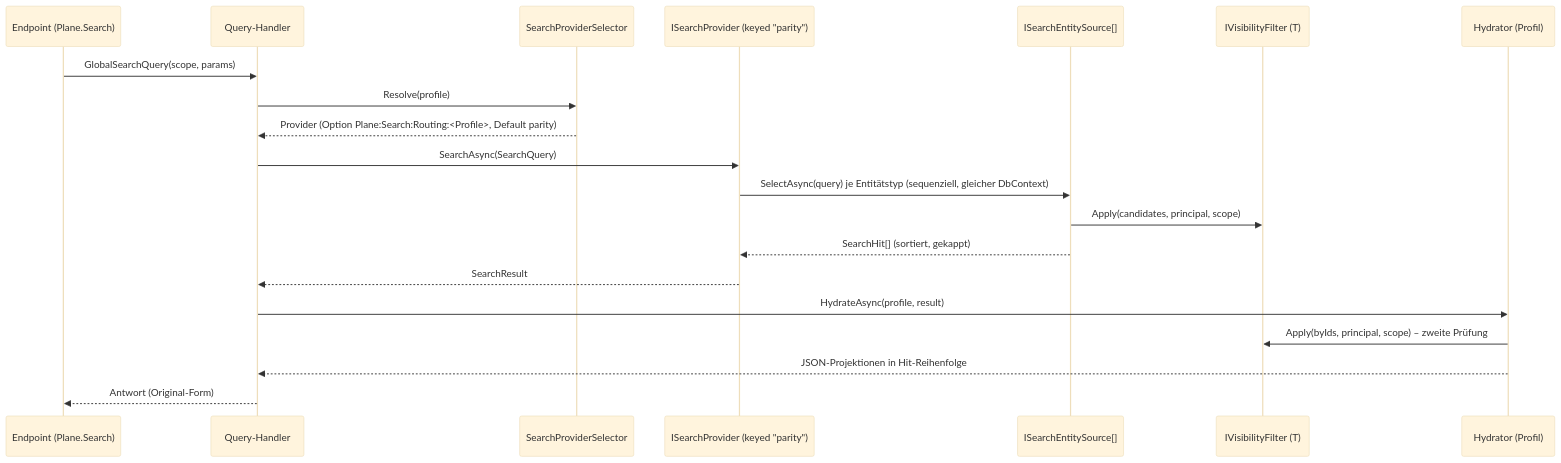
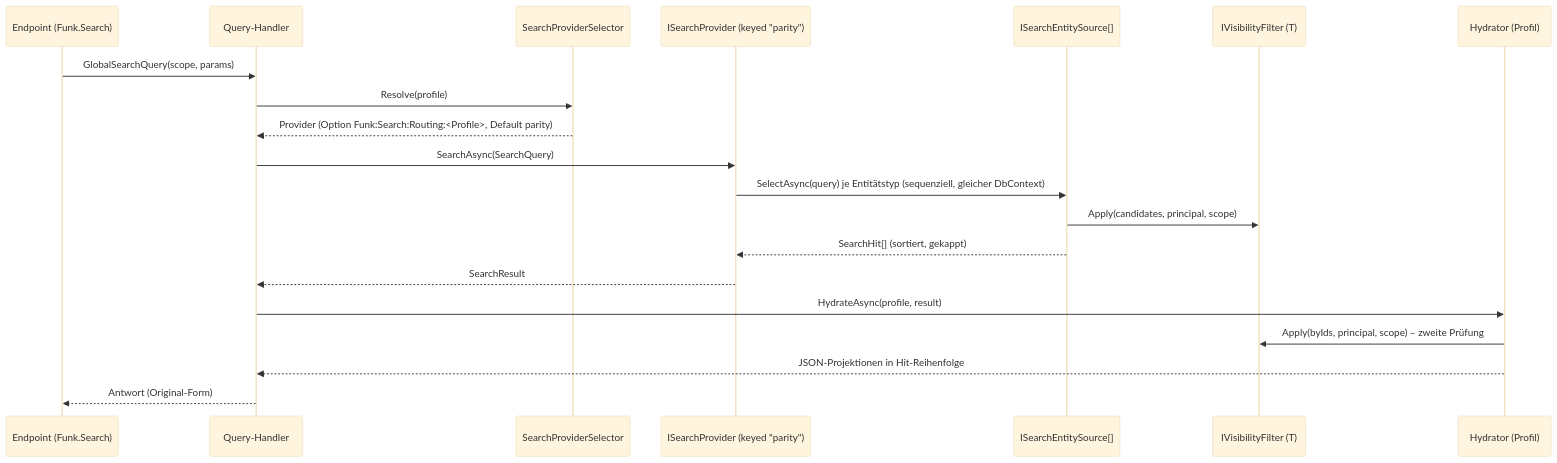
One commit to mlwr/plane changed the second of 3 diagrams in migration/architecture/11-suche-und-ai-basis.md. Above: the diagram before and after it, drawn with Mermaid (base theme). The commit also changed other lines of this file and 27 other files, not shown here.

First line of the commit message:
docs(migration): rename target identifiers to funk in architecture and plan docs

````diff
--- a/migration/architecture/11-suche-und-ai-basis.md
+++ b/migration/architecture/11-suche-und-ai-basis.md
@@ -248,22 +248,22 @@
 ```mermaid
 sequenceDiagram
-  participant E as Endpoint (Plane.Search)
+  participant E as Endpoint (Funk.Search)
   participant Q as Query-Handler
   participant S as SearchProviderSelector
   participant P as ISearchProvider (keyed "parity")
   participant SRC as ISearchEntitySource[]
   participant V as IVisibilityFilter (T)
   participant H as Hydrator (Profil)
   E->>Q: GlobalSearchQuery(scope, params)
   Q->>S: Resolve(profile)
-  S-->>Q: Provider (Option Plane:Search:Routing:<Profile>, Default parity)
+  S-->>Q: Provider (Option Funk:Search:Routing:<Profile>, Default parity)
   Q->>P: SearchAsync(SearchQuery)
   P->>SRC: SelectAsync(query) je Entitätstyp (sequenziell, gleicher DbContext)
   SRC->>V: Apply(candidates, principal, scope)
   SRC-->>P: SearchHit[] (sortiert, gekappt)
   P-->>Q: SearchResult
   Q->>H: HydrateAsync(profile, result)
   H->>V: Apply(byIds, principal, scope) – zweite Prüfung
   H-->>Q: JSON-Projektionen in Hit-Reihenfolge
   Q-->>E: Antwort (Original-Form)
 ```
````
